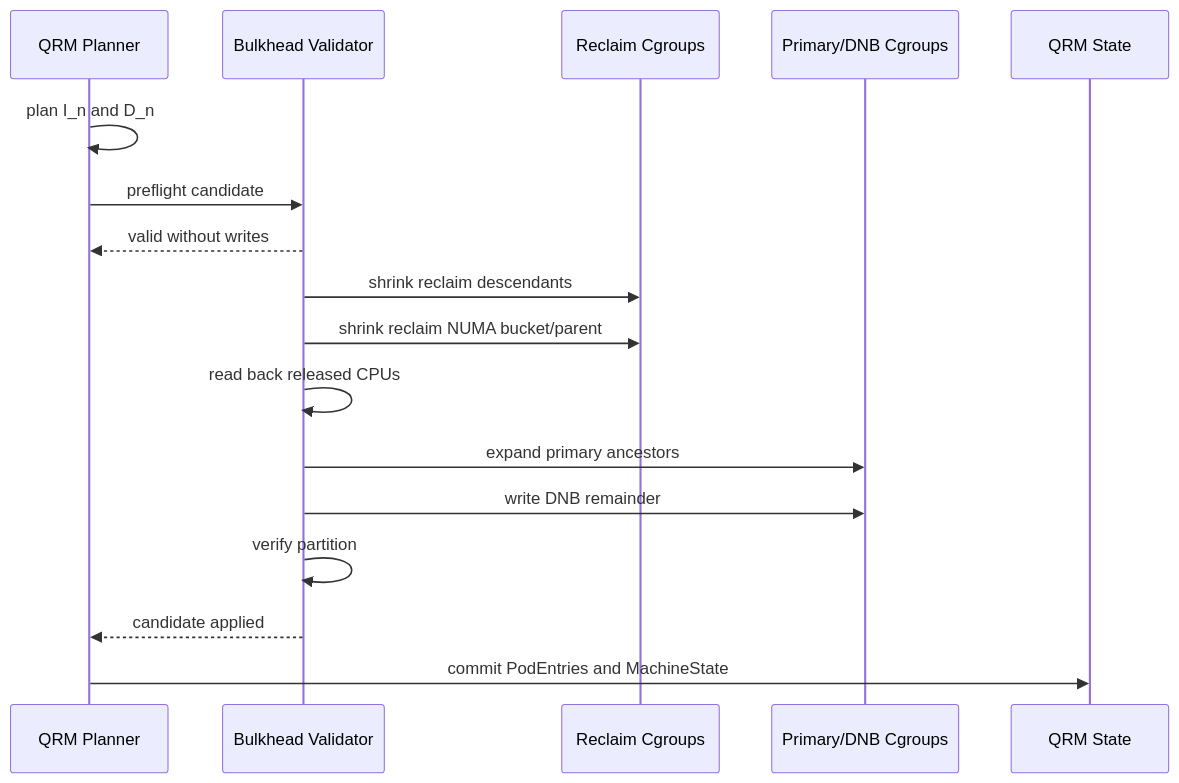
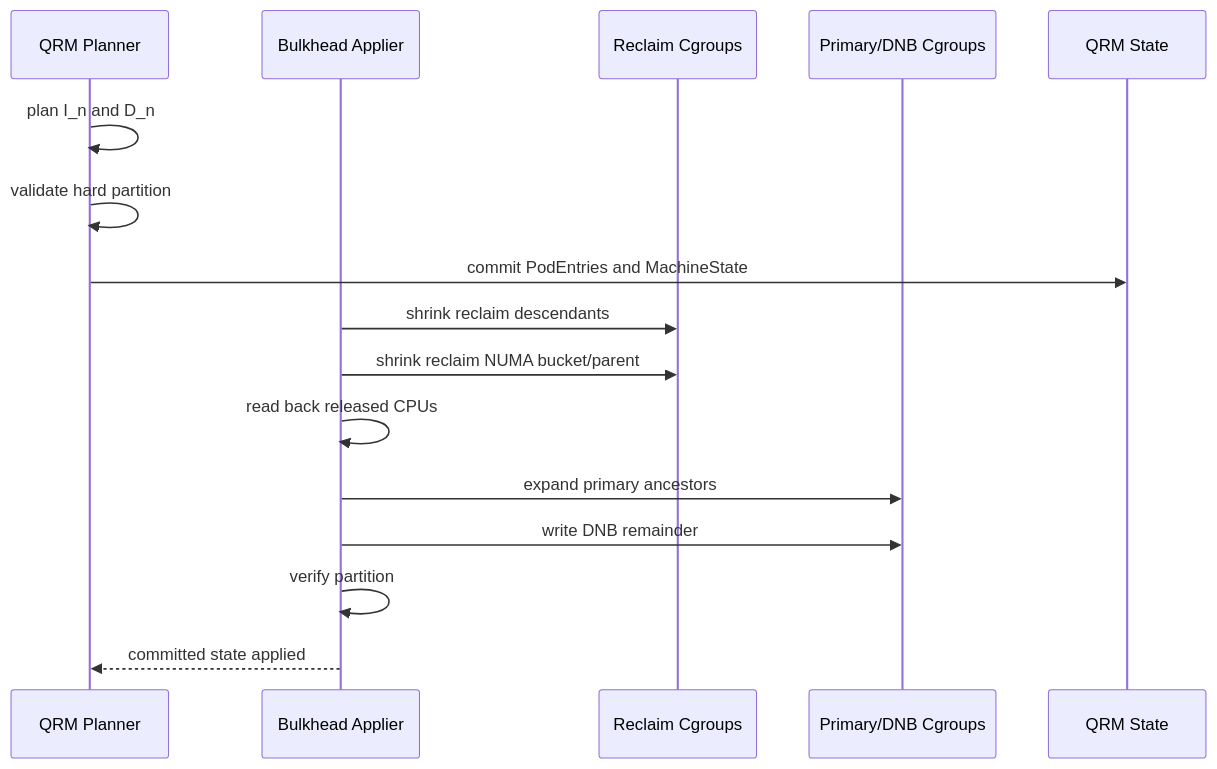
One commit to kubewharf/katalyst-core changed the third of 4 diagrams in docs/superpowers/specs/2026-07-30-ramp-up-reclaim-complete-design.md. Above: the diagram before and after it, drawn with Mermaid. The commit also changed other lines of this file and 5 other files, not shown here.

Commit message:
docs: update ramp-up reclaim hard partition design

````diff
--- a/docs/superpowers/specs/2026-07-30-ramp-up-reclaim-complete-design.md
+++ b/docs/superpowers/specs/2026-07-30-ramp-up-reclaim-complete-design.md
@@ -790,20 +800,19 @@
 ```mermaid
 sequenceDiagram
     participant Q as QRM Planner
-    participant B as Bulkhead Validator
+    participant B as Bulkhead Applier
     participant R as Reclaim Cgroups
     participant P as Primary/DNB Cgroups
     participant S as QRM State
 
     Q->>Q: plan I_n and D_n
-    Q->>B: preflight candidate
-    B-->>Q: valid without writes
+    Q->>Q: validate hard partition
+    Q->>S: commit PodEntries and MachineState
     B->>R: shrink reclaim descendants
     B->>R: shrink reclaim NUMA bucket/parent
     B->>B: read back released CPUs
     B->>P: expand primary ancestors
     B->>P: write DNB remainder
     B->>B: verify partition
-    B-->>Q: candidate applied
-    Q->>S: commit PodEntries and MachineState
+    B-->>Q: committed state applied
 ```
````
